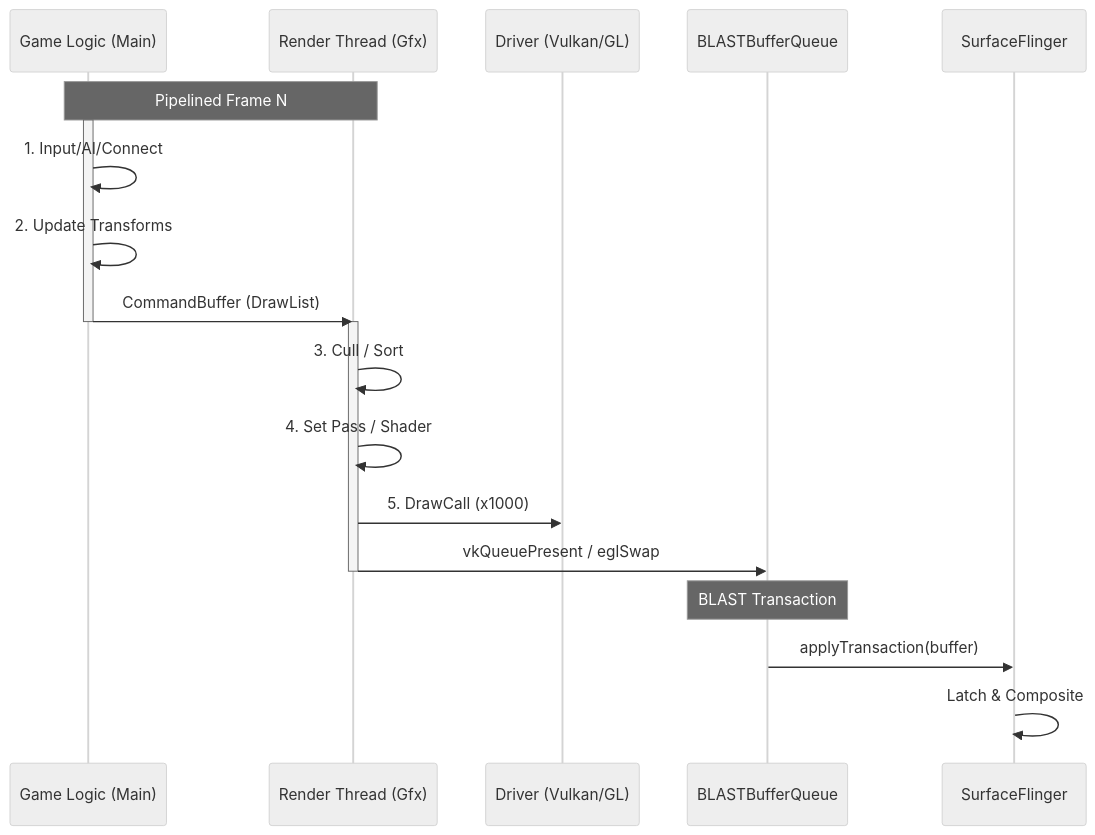
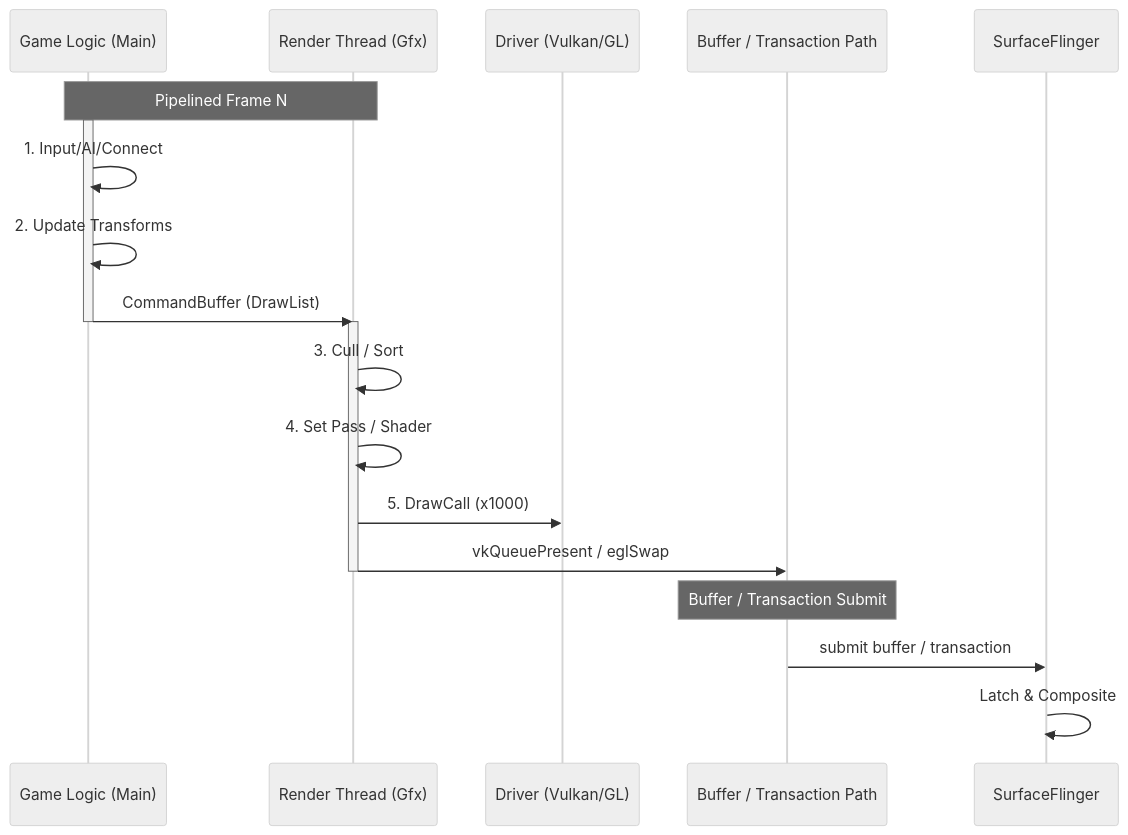
One commit to Gracker/SmartPerfetto changed the diagram in docs/rendering_pipelines/game_engine.md. Above: the diagram before and after it, drawn with Mermaid (neutral theme). The commit also changed other lines of this file and 78 other files, not shown here.

````diff
--- a/docs/rendering_pipelines/game_engine.md
+++ b/docs/rendering_pipelines/game_engine.md
@@ -60,28 +60,28 @@
 ```mermaid
 sequenceDiagram
     participant Logic as Game Logic (Main)
     participant Render as Render Thread (Gfx)
     participant Driver as Driver (Vulkan/GL)
-    participant BBQ as BLASTBufferQueue
+    participant BBQ as Buffer / Transaction Path
     participant SF as SurfaceFlinger
 
     Note over Logic, Render: Pipelined Frame N
     
     activate Logic
     Logic->>Logic: 1. Input/AI/Connect
     Logic->>Logic: 2. Update Transforms
     Logic->>Render: CommandBuffer (DrawList)
     deactivate Logic
     
     activate Render
     Render->>Render: 3. Cull / Sort
     Render->>Render: 4. Set Pass / Shader
     Render->>Driver: 5. DrawCall (x1000)
     
     Render->>BBQ: vkQueuePresent / eglSwap
     deactivate Render
     
-    Note over BBQ: BLAST Transaction
-    BBQ->>SF: applyTransaction(buffer)
+    Note over BBQ: Buffer / Transaction Submit
+    BBQ->>SF: submit buffer / transaction
     SF->>SF: Latch & Composite
 ```
````
